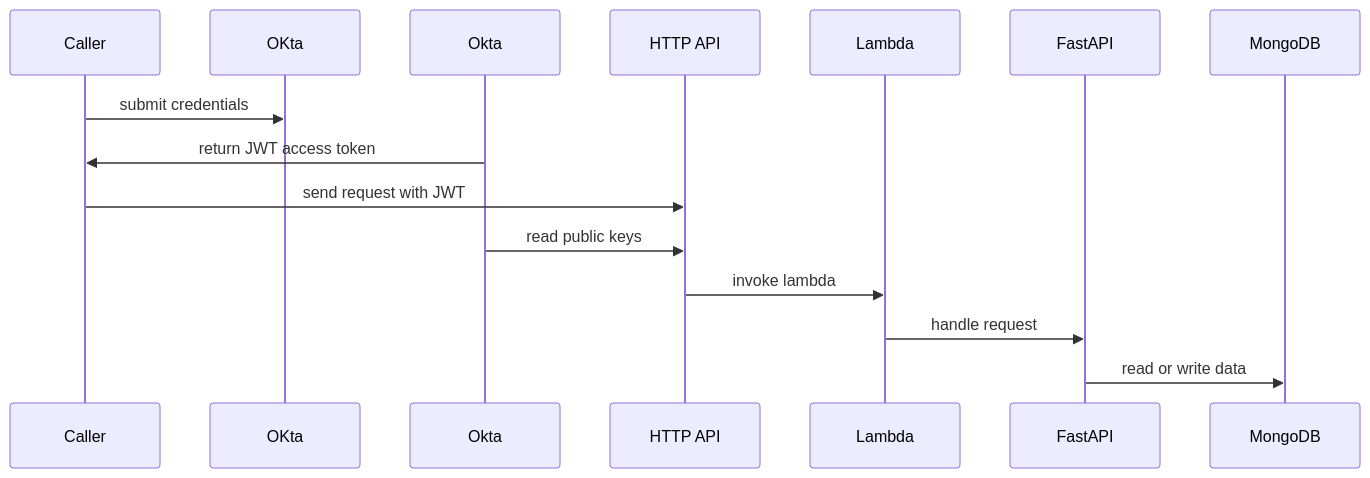
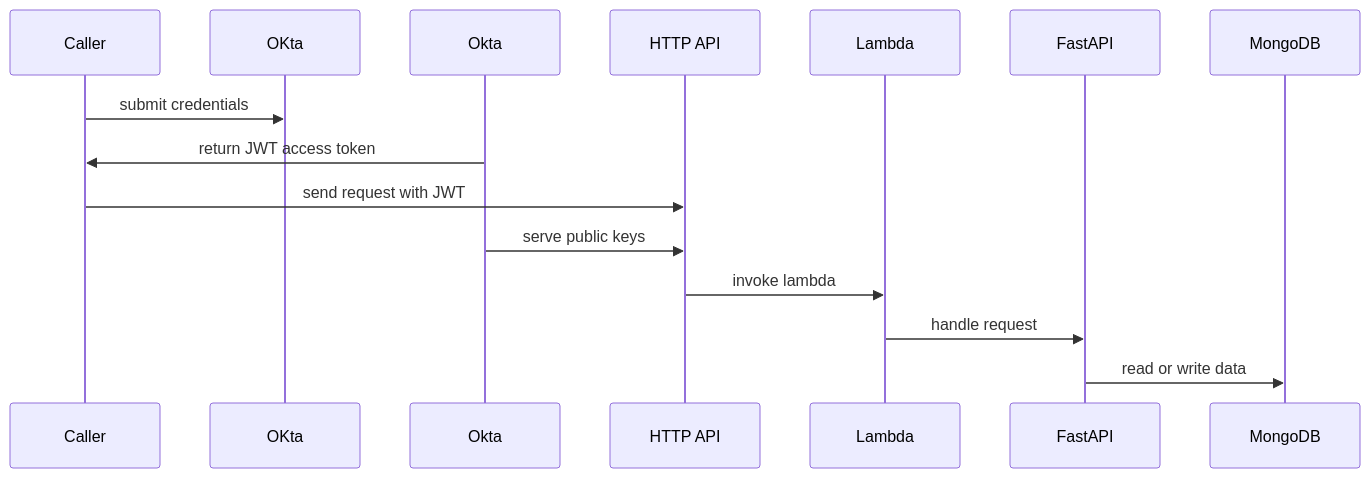
One commit to rkhullar/example-webapp changed the diagram in docs/images/architecture-sequence-diagram.md. Above: the diagram before and after it, drawn with Mermaid.

````diff
--- a/docs/images/architecture-sequence-diagram.md
+++ b/docs/images/architecture-sequence-diagram.md
@@ -1,10 +1,10 @@
 ```mermaid
 sequenceDiagram
 Caller->>OKta: submit credentials
 Okta->>Caller: return JWT access token
 Caller->>HTTP API: send request with JWT
-Okta->>HTTP API: read public keys
+Okta->>HTTP API: serve public keys
 HTTP API->>Lambda: invoke lambda
 Lambda->>FastAPI: handle request
 FastAPI->>MongoDB: read or write data
 ```
````
